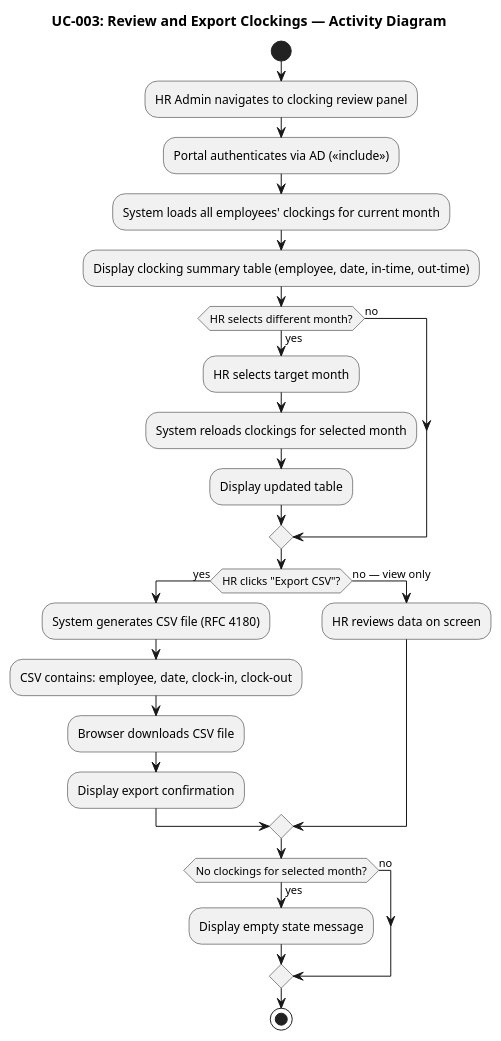
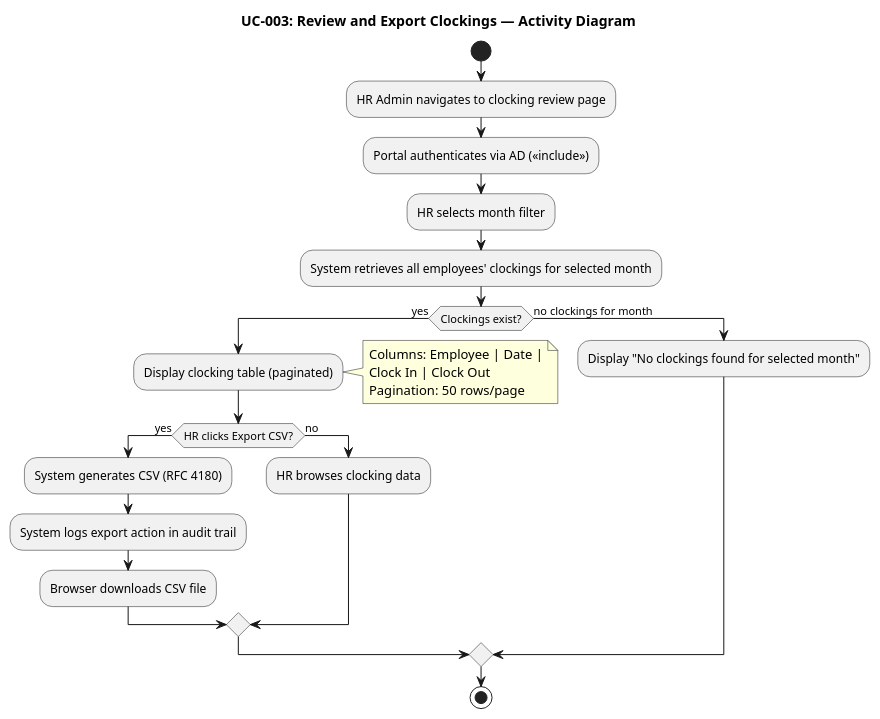
One commit to banense-test/demo-janke-lab changed the fifth of 11 diagrams in docs/artifacts/requirements/use-case-model.md. Above: the diagram before and after it, drawn with PlantUML. The commit also changed other lines of this file, not shown here.

````diff
--- a/docs/artifacts/requirements/use-case-model.md
+++ b/docs/artifacts/requirements/use-case-model.md
@@ -304,34 +330,30 @@
 ```plantuml
 @startuml
 title UC-003: Review and Export Clockings — Activity Diagram
 
 start
-:HR Admin navigates to clocking review panel;
+:HR Admin navigates to clocking review page;
 :Portal authenticates via AD (<<include>>);
-:System loads all employees' clockings for current month;
-:Display clocking summary table (employee, date, in-time, out-time);
+:HR selects month filter;
+:System retrieves all employees' clockings for selected month;
+if (Clockings exist?) then (yes)
+  :Display clocking table (paginated);
+  note right
+    Columns: Employee | Date |
+    Clock In | Clock Out
+    Pagination: 50 rows/page
+  end note
+  if (HR clicks Export CSV?) then (yes)
+    :System generates CSV (RFC 4180);
+    :System logs export action in audit trail;
+    :Browser downloads CSV file;
+  else (no)
+    :HR browses clocking data;
+  endif
+else (no clockings for month)
+  :Display "No clockings found for selected month";
+endif
+stop
 
-if (HR selects different month?) then (yes)
-  :HR selects target month;
-  :System reloads clockings for selected month;
-  :Display updated table;
-else (no)
-endif
-
-if (HR clicks "Export CSV"?) then (yes)
-  :System generates CSV file (RFC 4180);
-  :CSV contains: employee, date, clock-in, clock-out;
-  :Browser downloads CSV file;
-  :Display export confirmation;
-else (no — view only)
-  :HR reviews data on screen;
-endif
-
-if (No clockings for selected month?) then (yes)
-  :Display empty state message;
-else (no)
-endif
-
-stop
 @enduml
 ```
````
